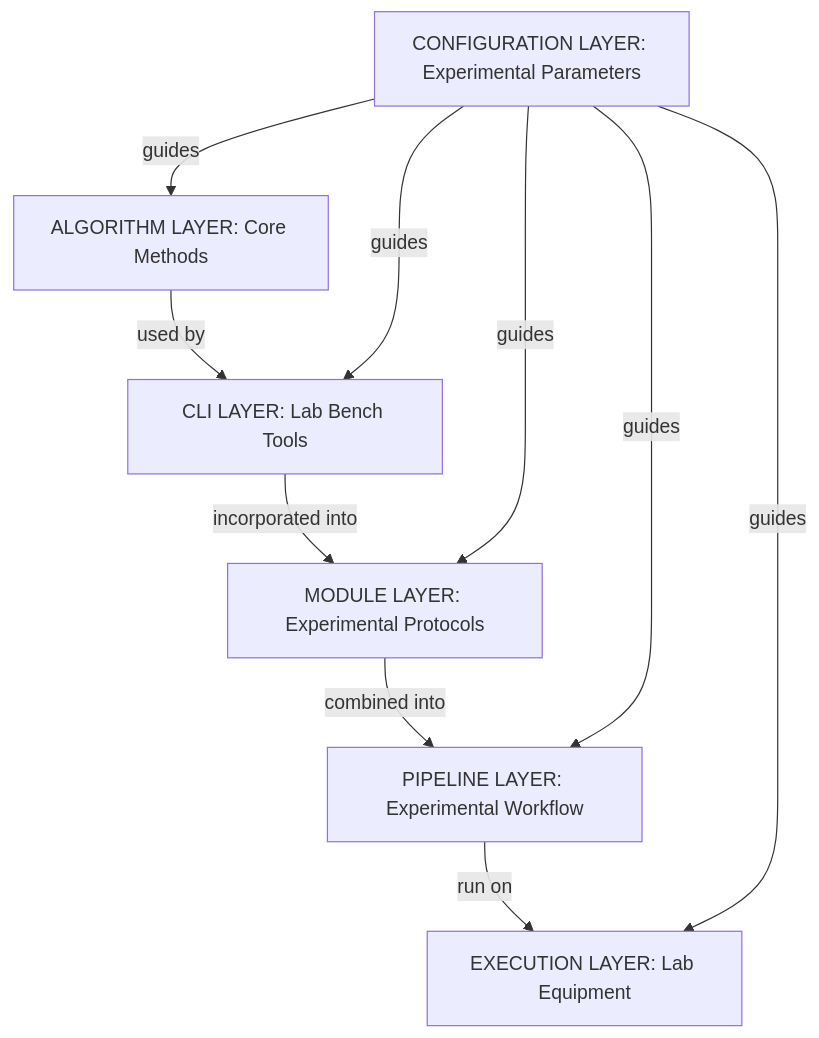
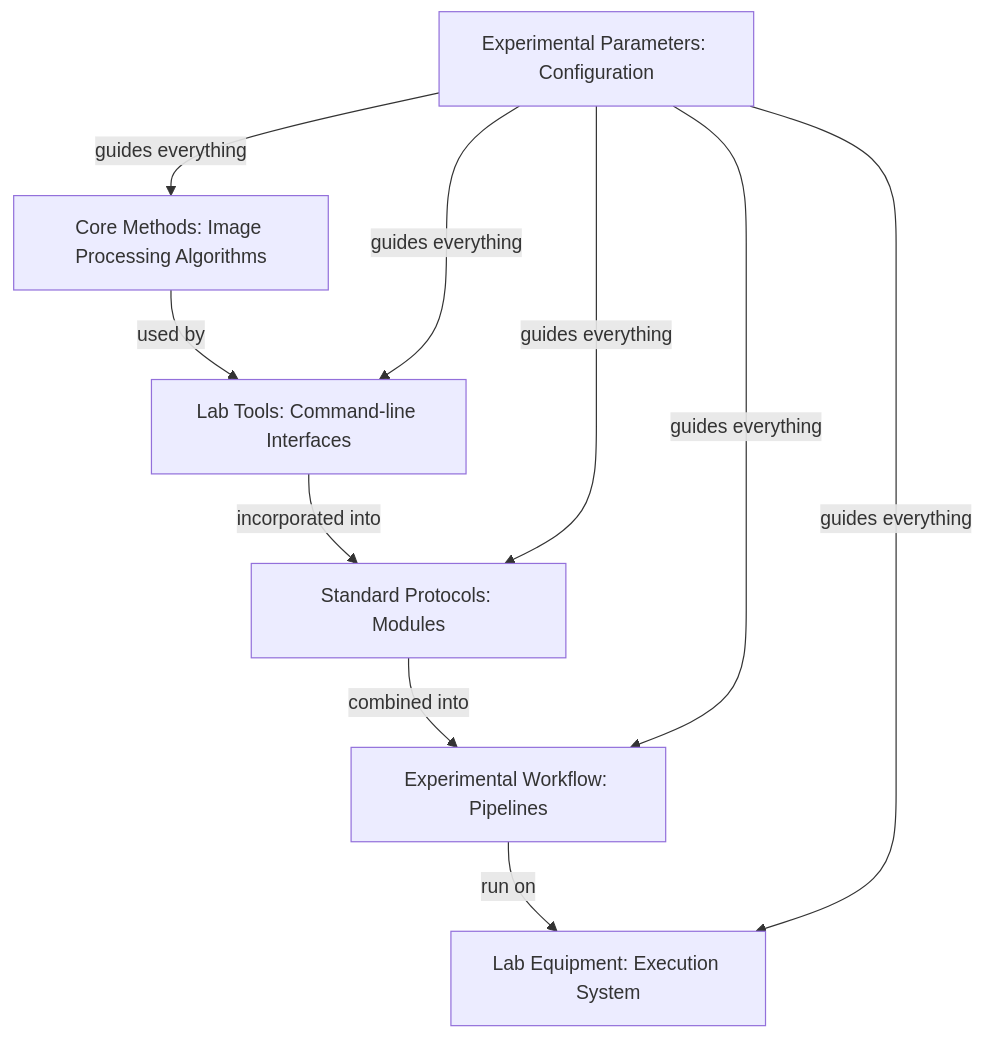
Before and after one commit to broadinstitute/starrynight: the diagram in docs/architecture/07_architecture_for_biologists.md, drawn with Mermaid. The commit also changed other lines of this file, not shown here.

First line of the commit message:
docs(starrynight): major restructuring of biologist-focused architecture document

````diff
--- a/docs/architecture/07_architecture_for_biologists.md
+++ b/docs/architecture/07_architecture_for_biologists.md
@@ -162,12 +31,12 @@
 ```mermaid
 flowchart TD
-    A[ALGORITHM LAYER: Core Methods] -->|used by| F[CLI LAYER: Lab Bench Tools]
-    F -->|incorporated into| B[MODULE LAYER: Experimental Protocols]
-    B -->|combined into| C[PIPELINE LAYER: Experimental Workflow]
-    C -->|run on| D[EXECUTION LAYER: Lab Equipment]
-    E[CONFIGURATION LAYER: Experimental Parameters] -->|guides| A
-    E -->|guides| F
-    E -->|guides| B
-    E -->|guides| C
-    E -->|guides| D
+    A[Core Methods: Image Processing Algorithms] -->|used by| F[Lab Tools: Command-line Interfaces]
+    F -->|incorporated into| B[Standard Protocols: Modules]
+    B -->|combined into| C[Experimental Workflow: Pipelines]
+    C -->|run on| D[Lab Equipment: Execution System]
+    E[Experimental Parameters: Configuration] -->|guides everything| A
+    E -->|guides everything| F
+    E -->|guides everything| B
+    E -->|guides everything| C
+    E -->|guides everything| D
 ```
````
